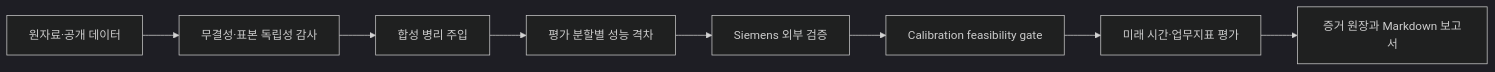
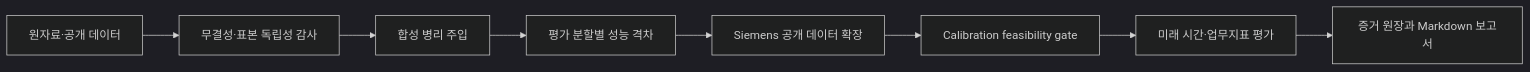
The diagram in README.md (woorivermountain/inspection-data-audit), drawn with Mermaid (dark theme) before and after one commit. The commit also changed other lines of this file, not shown here.

Commit message:
docs: improve reading flow and clarify implementation scope

````diff
--- a/README.md
+++ b/README.md
@@ -55,10 +65,10 @@
 ```mermaid
 flowchart LR
   A[원자료·공개 데이터] --> B[무결성·표본 독립성 감사]
   B --> C[합성 병리 주입]
   C --> D[평가 분할별 성능 격차]
-  D --> E[Siemens 외부 검증]
+  D --> E[Siemens 공개 데이터 확장]
   E --> F[Calibration feasibility gate]
   F --> G[미래 시간·업무지표 평가]
   G --> H[증거 원장과 Markdown 보고서]
 ```
````
